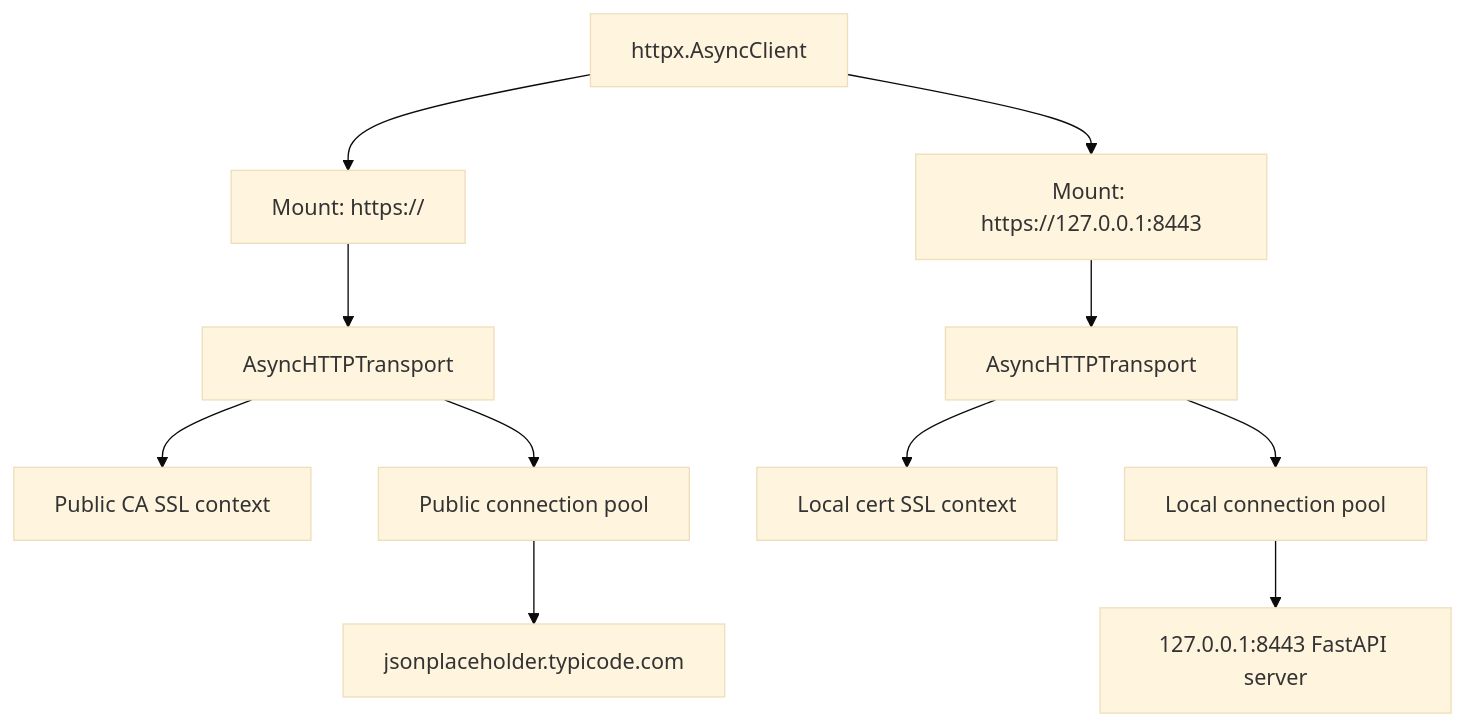
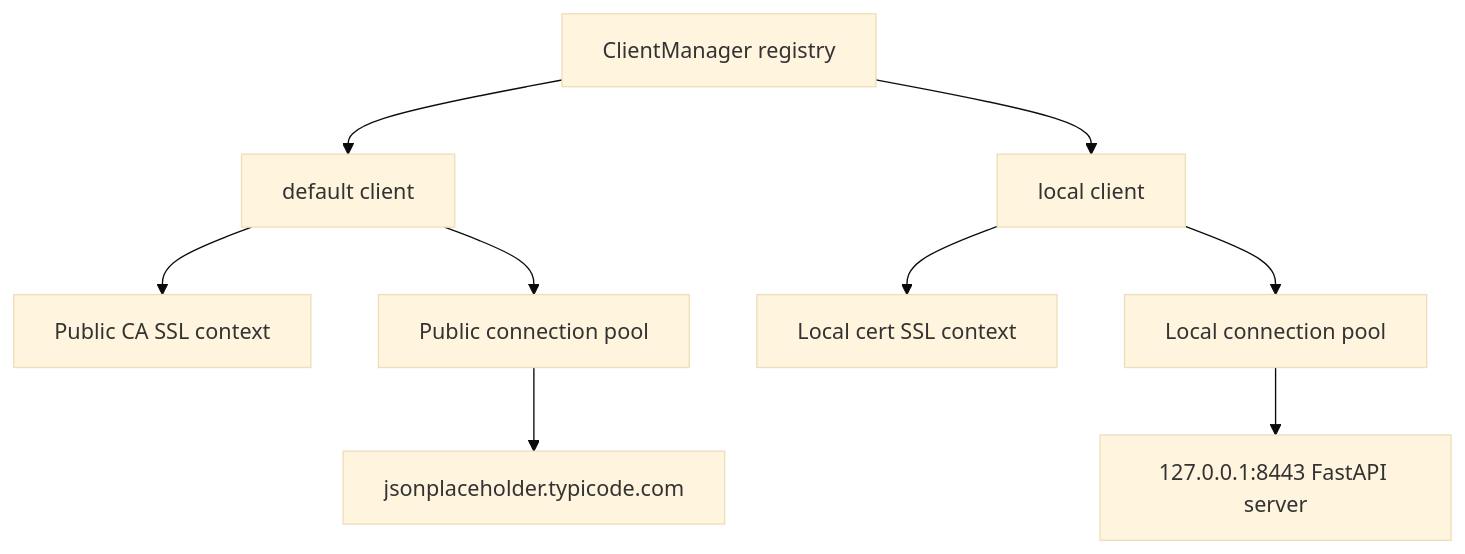
One commit to sco3/custom-certs changed the diagram in README.md. Above: the diagram before and after it, drawn with Mermaid (base theme). The commit also changed other lines of this file and 1 other file, not shown here.

Commit message:
works with registry

````diff
--- a/README.md
+++ b/README.md
@@ -39,15 +58,13 @@
 ```mermaid
 flowchart TD
-    A[httpx.AsyncClient] --> B[Mount: https://]
-    A --> C[Mount: https://127.0.0.1:8443]
+    A[ClientManager registry] --> B[default client]
+    A --> C[local client]
 
-    B --> D[AsyncHTTPTransport]
-    D --> E[Public CA SSL context]
-    D --> F[Public connection pool]
-    F --> G[jsonplaceholder.typicode.com]
+    B --> D[Public CA SSL context]
+    B --> E[Public connection pool]
+    E --> F[jsonplaceholder.typicode.com]
 
-    C --> H[AsyncHTTPTransport]
-    H --> I[Local cert SSL context]
-    H --> J[Local connection pool]
-    J --> K[127.0.0.1:8443 FastAPI server]
+    C --> G[Local cert SSL context]
+    C --> H[Local connection pool]
+    H --> I[127.0.0.1:8443 FastAPI server]
 ```
````
